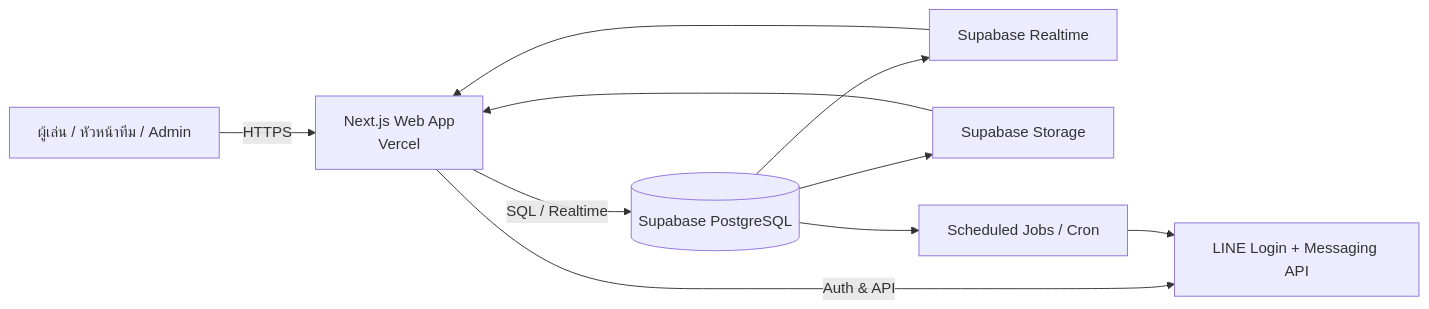
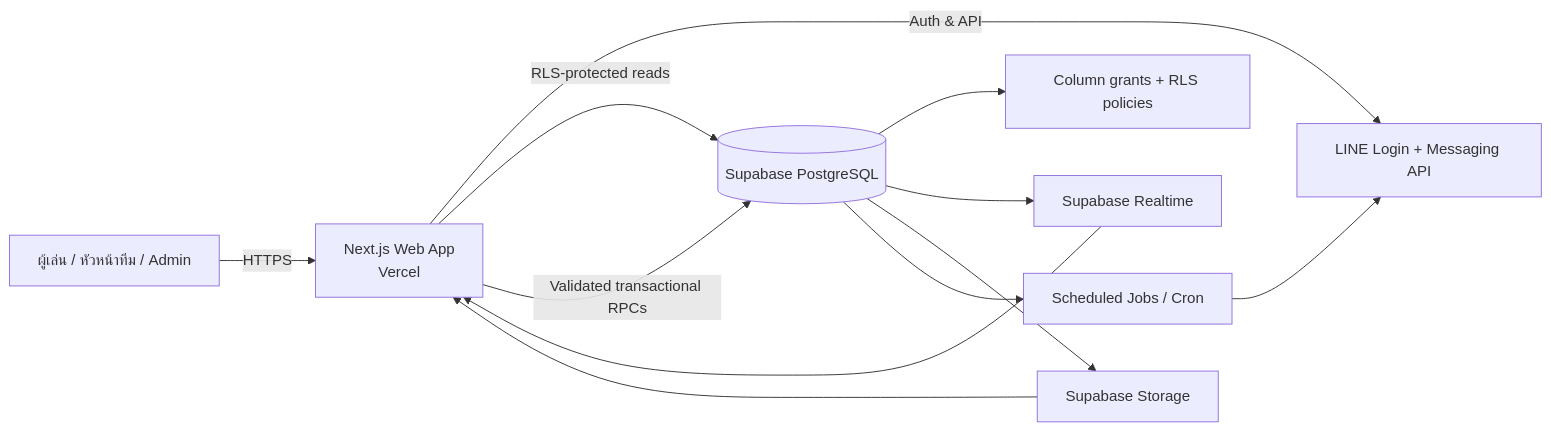
The diagram in docs/diagrams/system-architecture.mmd (Nokpednam/MeQ-web-app), drawn with Mermaid before and after one commit. The commit also changed 2 other files, not shown here.

```diff
--- a/docs/diagrams/system-architecture.mmd
+++ b/docs/diagrams/system-architecture.mmd
@@ -1,10 +1,12 @@
 flowchart LR
   U[ผู้เล่น / หัวหน้าทีม / Admin] -->|HTTPS| W[Next.js Web App\nVercel]
   W -->|Auth & API| L[LINE Login + Messaging API]
-  W -->|SQL / Realtime| S[(Supabase PostgreSQL)]
+  W -->|RLS-protected reads| S[(Supabase PostgreSQL)]
+  W -->|Validated transactional RPCs| S
+  S --> A[Column grants + RLS policies]
   S --> R[Supabase Realtime]
   S --> ST[Supabase Storage]
   S --> C[Scheduled Jobs / Cron]
   R --> W
   ST --> W
   C --> L
```
